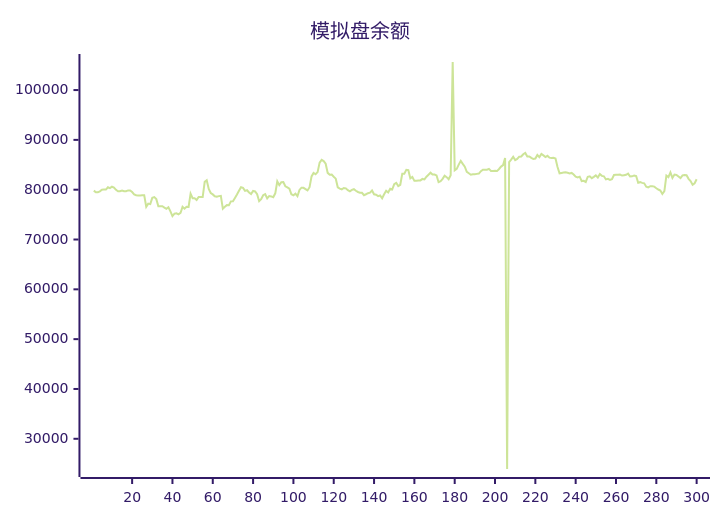
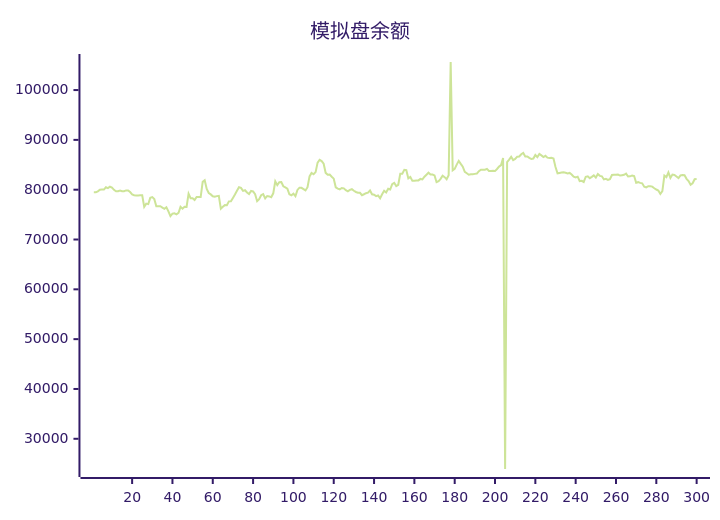
One commit to aahl/ai-trading changed the diagram in README.md. Above: the diagram before and after it, drawn with Mermaid (forest theme). The commit also changed other lines of this file and 1 other file, not shown here.

Commit message:
📈 Auto Trading Result

````diff
--- a/README.md
+++ b/README.md
@@ -5,5 +5,5 @@
 ```mermaid
 xychart
     title "模拟盘余额"
-    line [79813,79476,79469,79673,79995,80015,80015,80486,80314,80600,80436,79966,79689,79689,79819,79692,79692,79850,79850,79518,79071,78889,78850,78850,78878,78878,76554,77202,77103,78357,78510,78106,76678,76677,76672,76411,76159,76485,75656,74695,75197,75246,75052,75334,76564,76179,76553,76551,79196,78300,78300,77944,78531,78531,78521,81564,81884,80160,79335,79055,78675,78580,78708,78764,76179,76586,76902,76876,77658,77669,78346,79023,79769,80497,80366,79761,79896,79448,79126,79749,79658,79097,77695,78114,78888,79126,78249,78738,78653,78478,79271,81680,80923,81488,81527,80681,80455,80190,79084,78879,79193,78686,79954,80403,80374,80118,79848,80491,82665,83351,83098,83525,85430,85983,85737,85221,83378,83014,83043,82613,82216,80477,80208,80081,80348,80277,79894,79670,79965,80093,79786,79542,79406,79371,78893,79087,79304,79406,79841,79072,78978,78696,78846,78272,79085,79787,79442,80198,80031,81120,81379,80718,80985,83214,83212,83993,83921,82270,82547,81776,81776,81866,81866,82158,82061,82596,83000,83408,83041,83050,82858,81503,81691,82188,82812,82517,82092,82901,105633,83898,84180,85030,85781,85178,84604,83569,83298,83008,83093,83107,83175,83228,83729,84025,84017,84019,84177,83775,83762,83785,83738,84160,84639,84939,86370,23934,85548,86046,86599,85942,86161,86622,86664,87115,87369,86666,86685,86384,86152,86243,86969,86548,87164,86885,86566,86809,86427,86348,86417,86273,84538,83299,83369,83430,83490,83404,83270,83362,83056,82605,82459,82614,81734,81788,81551,82598,82702,82320,82580,82878,82426,83139,82778,82686,82056,82166,81963,82110,82951,82983,82984,83038,82838,82915,82998,83235,82642,82682,82858,82746,81396,81512,81362,81277,80600,80461,80699,80673,80616,80288,80038,79836,79142,79722,82837,82533,83480,82366,83032,82960,82654,82330,82883,82934,82901,82188,81728,81005,81298,82110]
+    line [79476,79469,79673,79995,80015,80015,80486,80314,80600,80436,79966,79689,79689,79819,79692,79692,79850,79850,79518,79071,78889,78850,78850,78878,78878,76554,77202,77103,78357,78510,78106,76678,76677,76672,76411,76159,76485,75656,74695,75197,75246,75052,75334,76564,76179,76553,76551,79196,78300,78300,77944,78531,78531,78521,81564,81884,80160,79335,79055,78675,78580,78708,78764,76179,76586,76902,76876,77658,77669,78346,79023,79769,80497,80366,79761,79896,79448,79126,79749,79658,79097,77695,78114,78888,79126,78249,78738,78653,78478,79271,81680,80923,81488,81527,80681,80455,80190,79084,78879,79193,78686,79954,80403,80374,80118,79848,80491,82665,83351,83098,83525,85430,85983,85737,85221,83378,83014,83043,82613,82216,80477,80208,80081,80348,80277,79894,79670,79965,80093,79786,79542,79406,79371,78893,79087,79304,79406,79841,79072,78978,78696,78846,78272,79085,79787,79442,80198,80031,81120,81379,80718,80985,83214,83212,83993,83921,82270,82547,81776,81776,81866,81866,82158,82061,82596,83000,83408,83041,83050,82858,81503,81691,82188,82812,82517,82092,82901,105633,83898,84180,85030,85781,85178,84604,83569,83298,83008,83093,83107,83175,83228,83729,84025,84017,84019,84177,83775,83762,83785,83738,84160,84639,84939,86370,23934,85548,86046,86599,85942,86161,86622,86664,87115,87369,86666,86685,86384,86152,86243,86969,86548,87164,86885,86566,86809,86427,86348,86417,86273,84538,83299,83369,83430,83490,83404,83270,83362,83056,82605,82459,82614,81734,81788,81551,82598,82702,82320,82580,82878,82426,83139,82778,82686,82056,82166,81963,82110,82951,82983,82984,83038,82838,82915,82998,83235,82642,82682,82858,82746,81396,81512,81362,81277,80600,80461,80699,80673,80616,80288,80038,79836,79142,79722,82837,82533,83480,82366,83032,82960,82654,82330,82883,82934,82901,82188,81728,81005,81298,82110,82135]
 ```
````
